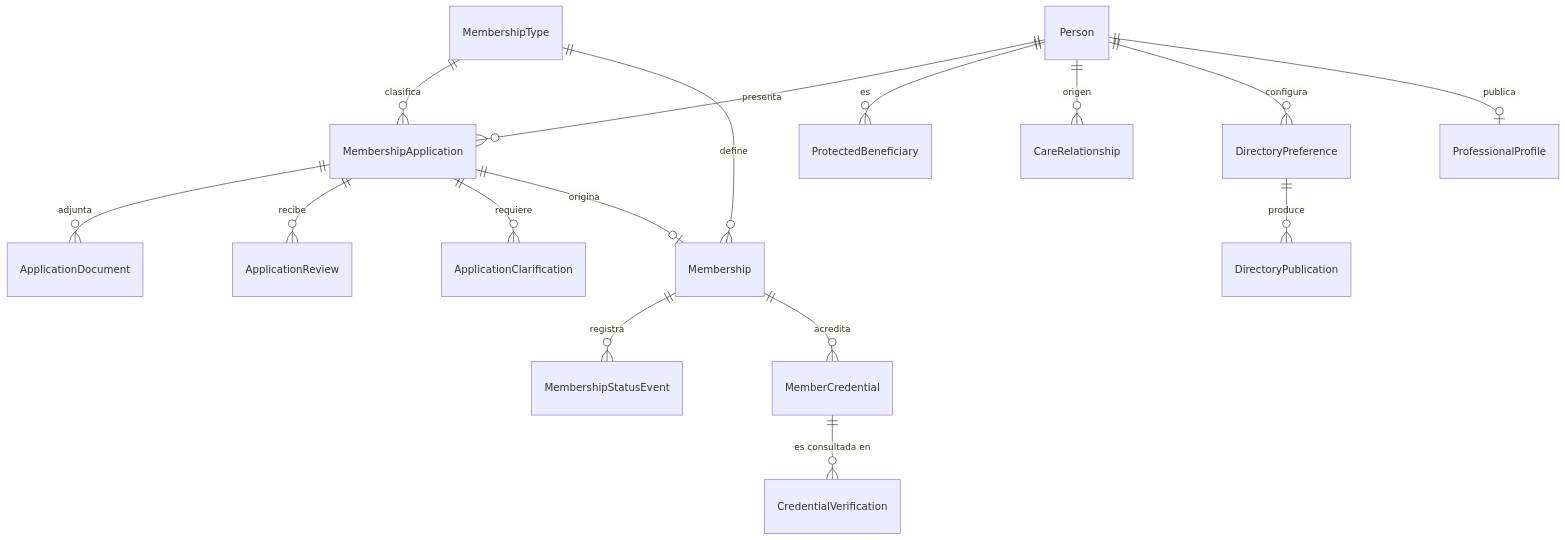
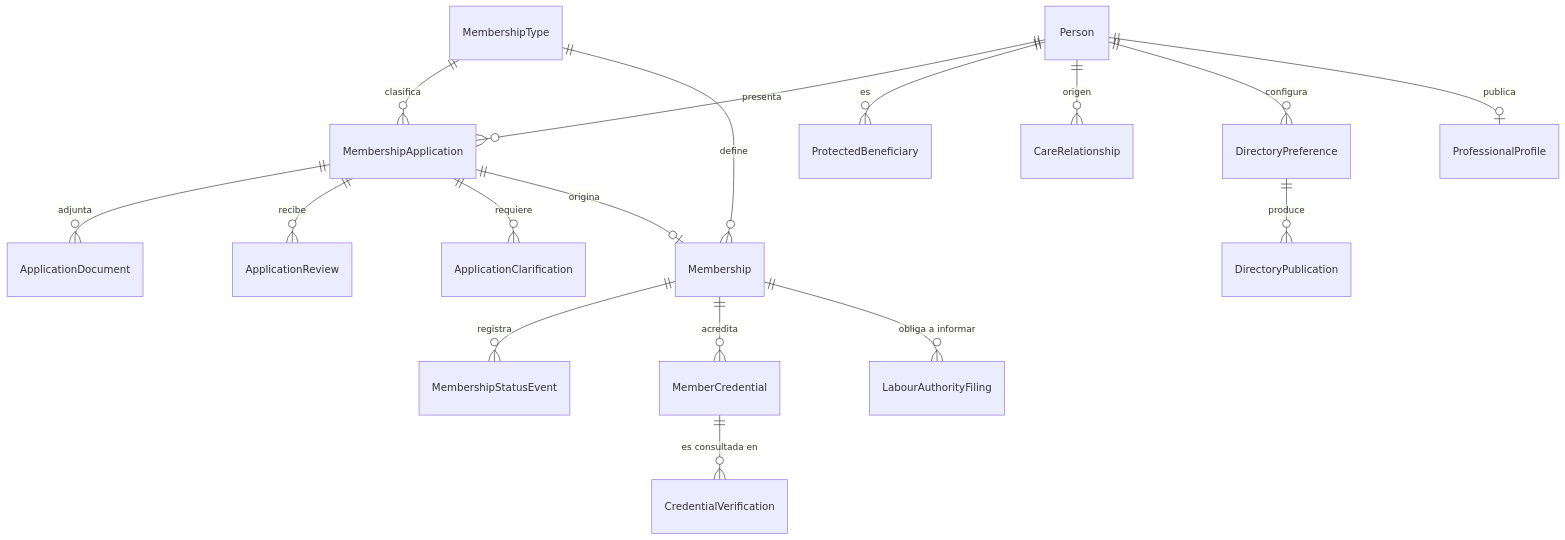
One commit to Alianza-Indigo/fuerza_indigo changed the second of 11 diagrams in docs/DATA_MODEL.md. Above: the diagram before and after it, drawn with Mermaid. The commit also changed other lines of this file and 28 other files, not shown here.

````diff
--- a/docs/DATA_MODEL.md
+++ b/docs/DATA_MODEL.md
@@ -143,18 +143,19 @@
 ```mermaid
 erDiagram
     Person ||--o{ MembershipApplication : "presenta"
     MembershipType ||--o{ MembershipApplication : "clasifica"
     MembershipApplication ||--o{ ApplicationDocument : "adjunta"
     MembershipApplication ||--o{ ApplicationReview : "recibe"
     MembershipApplication ||--o{ ApplicationClarification : "requiere"
     MembershipApplication ||--o| Membership : "origina"
     MembershipType ||--o{ Membership : "define"
     Membership ||--o{ MembershipStatusEvent : "registra"
     Membership ||--o{ MemberCredential : "acredita"
     MemberCredential ||--o{ CredentialVerification : "es consultada en"
+    Membership ||--o{ LabourAuthorityFiling : "obliga a informar"
     Person ||--o{ ProtectedBeneficiary : "es"
     Person ||--o{ CareRelationship : "origen"
     Person ||--o{ DirectoryPreference : "configura"
     DirectoryPreference ||--o{ DirectoryPublication : "produce"
     Person ||--o| ProfessionalProfile : "publica"
 ```
````
